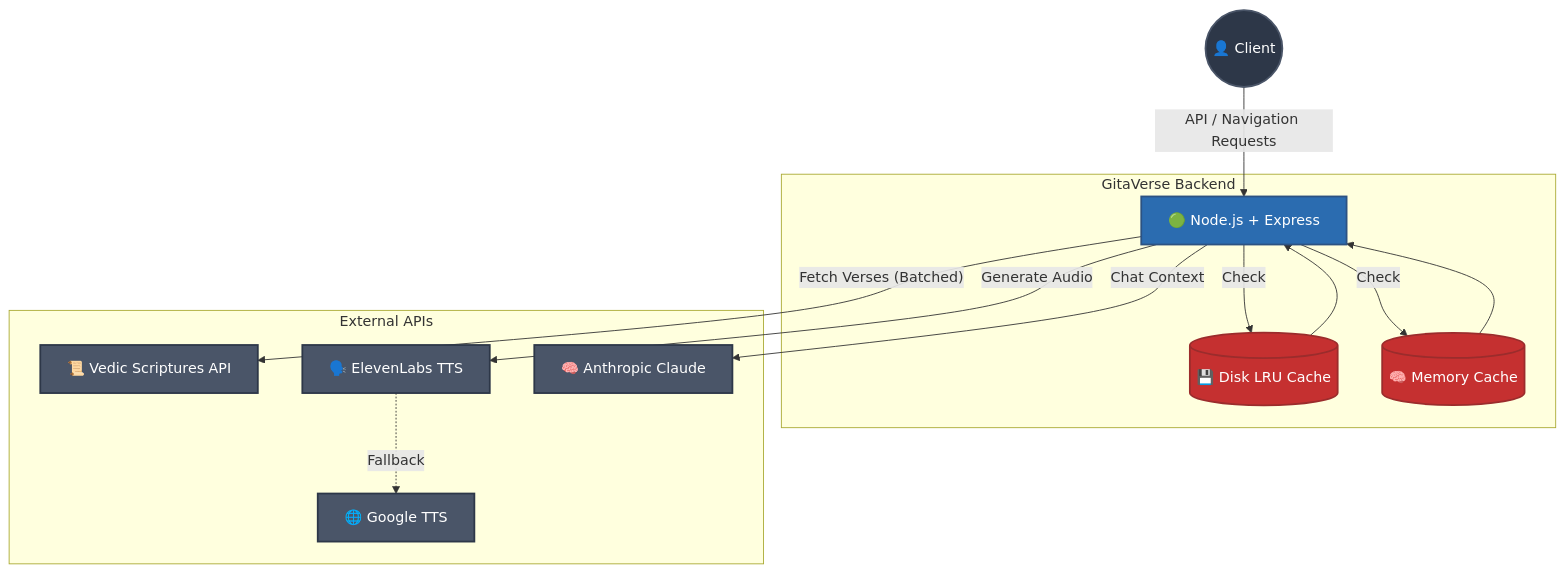
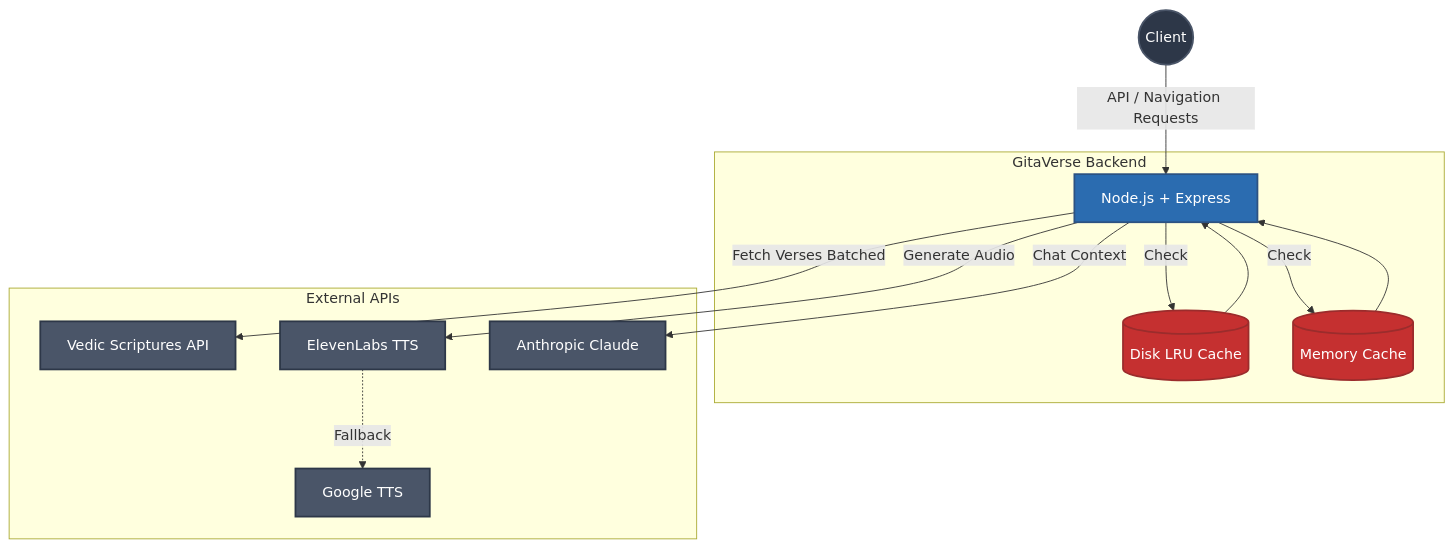
Before and after one commit to Aryanrajpandey/GitaVerse: the diagram in README.md, drawn with Mermaid.

Commit message:
docs: Use standard mermaid syntax for GitHub compatibility

````diff
--- a/README.md
+++ b/README.md
@@ -35,33 +35,33 @@
 ```mermaid
 graph TD
     classDef client fill:#2d3748,stroke:#4a5568,stroke-width:2px,color:#fff
     classDef server fill:#2b6cb0,stroke:#2c5282,stroke-width:2px,color:#fff
     classDef cache fill:#c53030,stroke:#9b2c2c,stroke-width:2px,color:#fff
     classDef external fill:#4a5568,stroke:#2d3748,stroke-width:2px,color:#fff
 
-    User(("👤 Client")):::client
+    User((Client)):::client
 
-    subgraph backend ["GitaVerse Backend"]
-        Express["🟢 Node.js + Express"]:::server
-        DiskCache[("💾 Disk LRU Cache")]:::cache
-        MemCache[("🧠 Memory Cache")]:::cache
+    subgraph Backend [GitaVerse Backend]
+        Express[Node.js + Express]:::server
+        DiskCache[(Disk LRU Cache)]:::cache
+        MemCache[(Memory Cache)]:::cache
     end
 
-    subgraph external_apis ["External APIs"]
-        Vedic["📜 Vedic Scriptures API"]:::external
-        ElevenLabs["🗣️ ElevenLabs TTS"]:::external
-        Claude["🧠 Anthropic Claude"]:::external
-        GoogleTTS["🌐 Google TTS"]:::external
+    subgraph External [External APIs]
+        Vedic[Vedic Scriptures API]:::external
+        ElevenLabs[ElevenLabs TTS]:::external
+        Claude[Anthropic Claude]:::external
+        GoogleTTS[Google TTS]:::external
     end
 
-    User -->|"API / Navigation Requests"| Express
-    Express -->|"Check"| MemCache
-    Express -->|"Check"| DiskCache
-    Express -->|"Fetch Verses (Batched)"| Vedic
-    Express -->|"Chat Context"| Claude
-    Express -->|"Generate Audio"| ElevenLabs
-    ElevenLabs -.->|"Fallback"| GoogleTTS
+    User -->|API / Navigation Requests| Express
+    Express -->|Check| MemCache
+    Express -->|Check| DiskCache
+    Express -->|Fetch Verses Batched| Vedic
+    Express -->|Chat Context| Claude
+    Express -->|Generate Audio| ElevenLabs
+    ElevenLabs -.->|Fallback| GoogleTTS
     
     DiskCache --> Express
     MemCache --> Express
 ```
````
